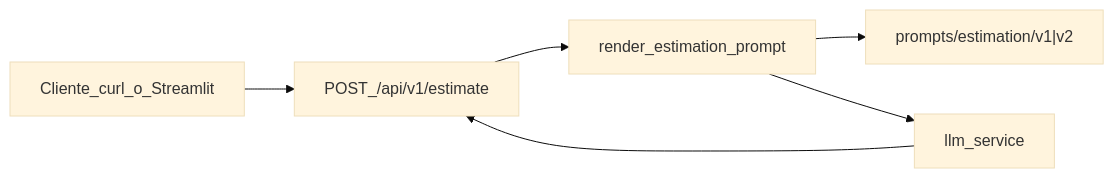
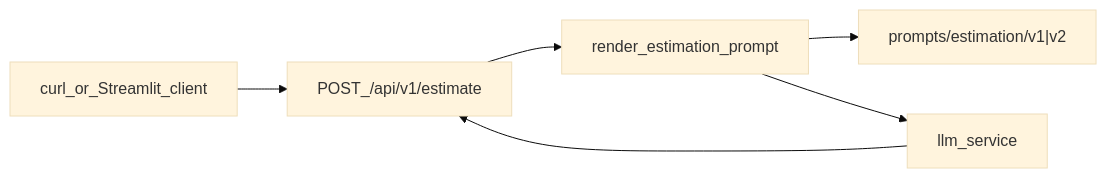
Before and after one commit to osuarez1/ai-engineering: the diagram in estimator/README.md, drawn with Mermaid (base theme). The commit also changed other lines of this file, not shown here.

````diff
--- a/estimator/README.md
+++ b/estimator/README.md
@@ -202,13 +228,13 @@
 ```mermaid
 flowchart LR
-  Client[Cliente_curl_o_Streamlit]
+  Client[curl_or_Streamlit_client]
   API[POST_/api/v1/estimate]
   Loader[render_estimation_prompt]
   Templates["prompts/estimation/v1|v2"]
   LLM[llm_service]
   Client --> API
   API --> Loader
   Loader --> Templates
   Loader --> LLM
   LLM --> API
 ```
````
